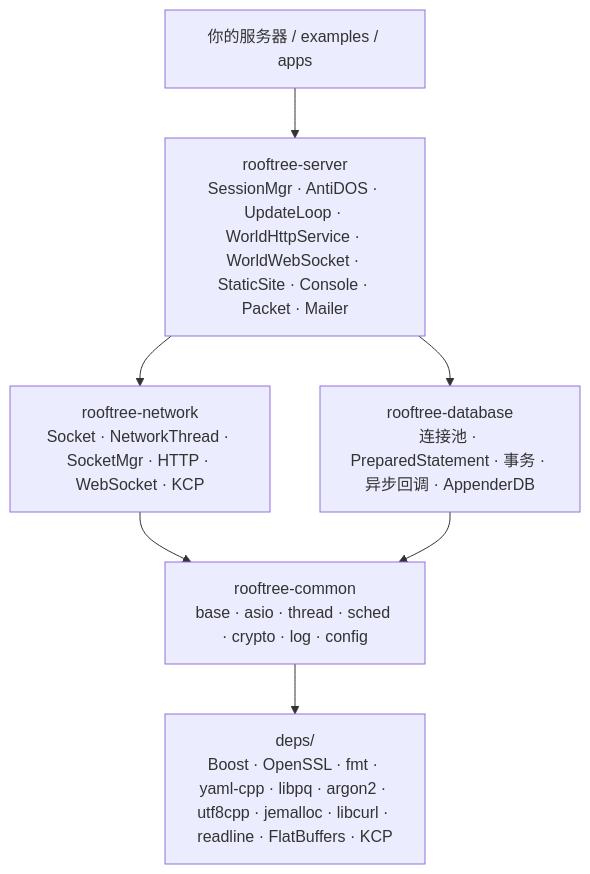
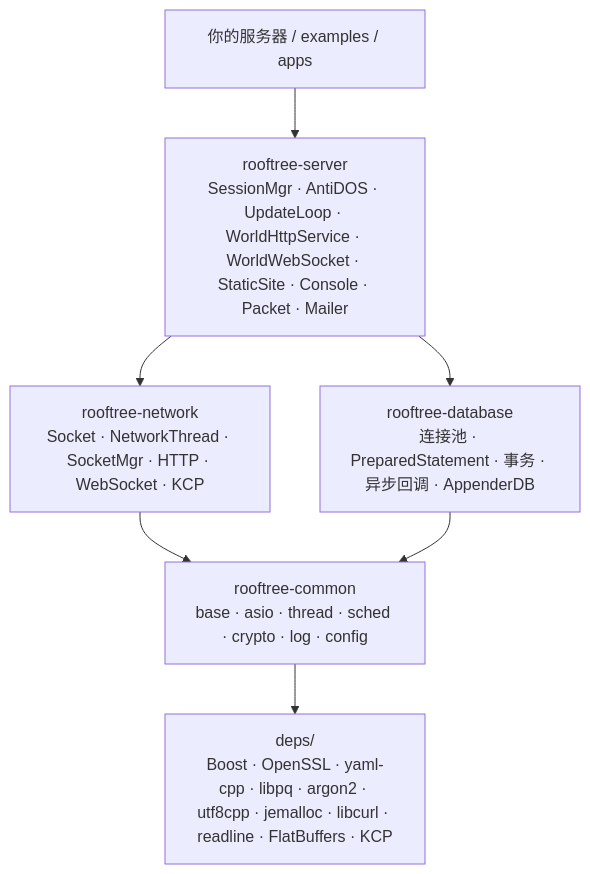
The first of 2 diagrams in docs/00-overview.md (AidenYuanDev/rooftree), drawn with Mermaid before and after one commit. The commit also changed other lines of this file and 28 other files, not shown here.

````diff
--- a/docs/00-overview.md
+++ b/docs/00-overview.md
@@ -9,15 +9,15 @@
 ```mermaid
 graph TD
     APP["你的服务器 / examples / apps"]
     SRV["rooftree-server<br/>SessionMgr · AntiDOS · UpdateLoop · WorldHttpService · WorldWebSocket · StaticSite · Console · Packet · Mailer"]
     NET["rooftree-network<br/>Socket · NetworkThread · SocketMgr · HTTP · WebSocket · KCP"]
     DB["rooftree-database<br/>连接池 · PreparedStatement · 事务 · 异步回调 · AppenderDB"]
     COMMON["rooftree-common<br/>base · asio · thread · sched · crypto · log · config"]
-    DEPS["deps/<br/>Boost · OpenSSL · fmt · yaml-cpp · libpq · argon2 · utf8cpp · jemalloc · libcurl · readline · FlatBuffers · KCP"]
+    DEPS["deps/<br/>Boost · OpenSSL · yaml-cpp · libpq · argon2 · utf8cpp · jemalloc · libcurl · readline · FlatBuffers · KCP"]
     APP --> SRV
     SRV --> NET
     SRV --> DB
     NET --> COMMON
     DB --> COMMON
     COMMON --> DEPS
 ```
````
